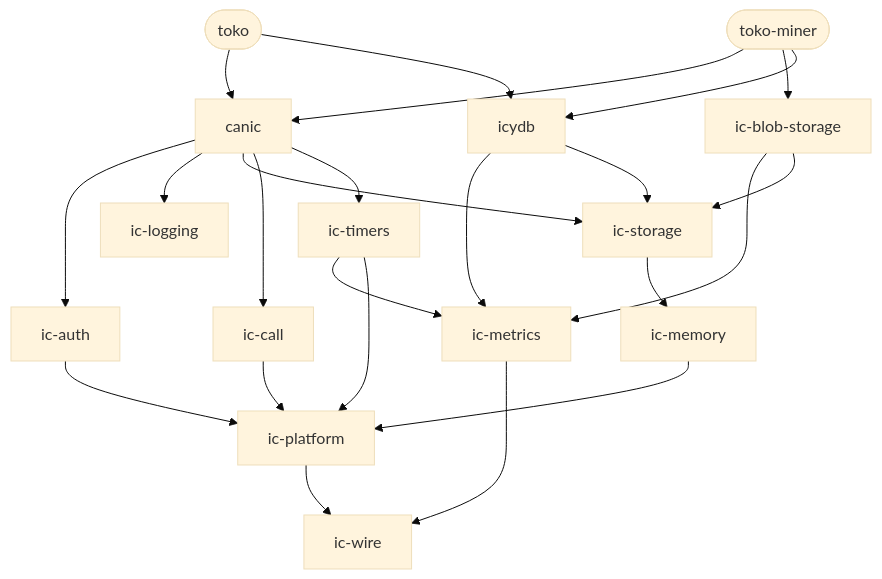
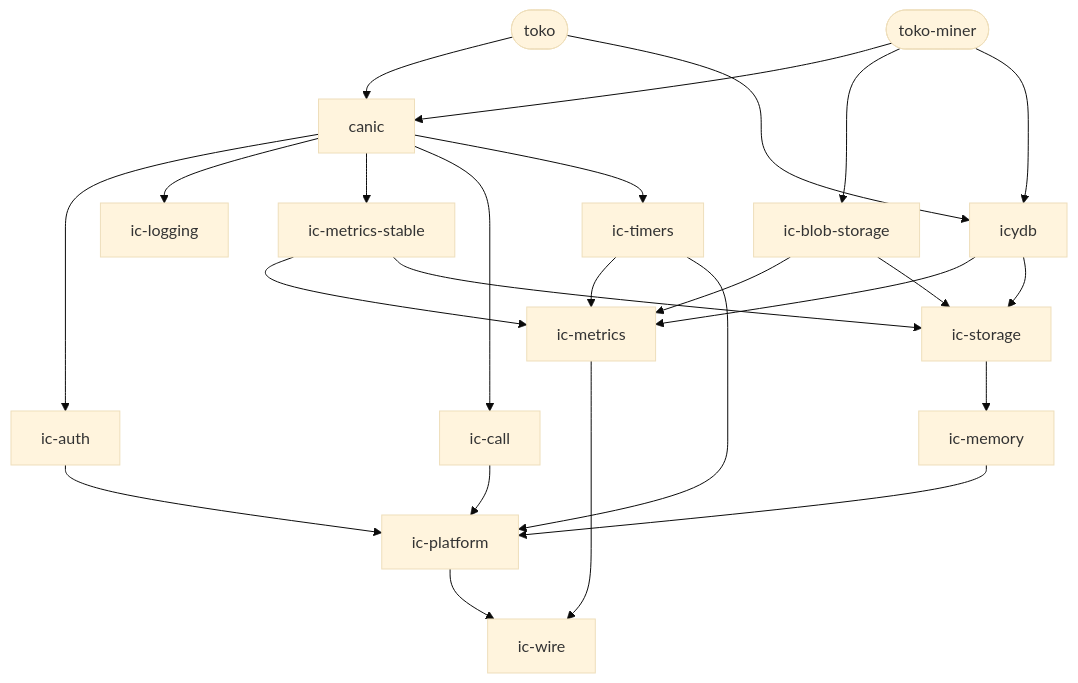
Before and after one commit to dragginzgame/shared-tooling: the diagram in README.md, drawn with Mermaid (base theme). The commit also changed 5 other files, not shown here.

````diff
--- a/README.md
+++ b/README.md
@@ -29,39 +29,42 @@
 ```mermaid
 flowchart TD
     p_app_3atoko(["toko"])
     p_app_3atoko_2dminer(["toko-miner"])
     p_canic_7ccargo_3acanic["canic"]
     p_ic_2dauth_7ccargo_3aic_2dauth["ic-auth"]
     p_ic_2dblob_2dstorage_7ccargo_3aic_2dblob_2dstorage["ic-blob-storage"]
     p_ic_2dobservability_7ccargo_3aic_2dlogging["ic-logging"]
     p_ic_2dobservability_7ccargo_3aic_2dmetrics["ic-metrics"]
     p_ic_2dpersistence_7ccargo_3aic_2dmemory["ic-memory"]
+    p_ic_2dpersistence_7ccargo_3aic_2dmetrics_2dstable["ic-metrics-stable"]
     p_ic_2dpersistence_7ccargo_3aic_2dstorage["ic-storage"]
     p_ic_2dplatform_7ccargo_3aic_2dcall["ic-call"]
     p_ic_2dplatform_7ccargo_3aic_2dplatform["ic-platform"]
     p_ic_2dtimers_7ccargo_3aic_2dtimers["ic-timers"]
     p_ic_2dwire_7ccargo_3aic_2dwire["ic-wire"]
     p_icydb_7ccargo_3aicydb["icydb"]
     p_app_3atoko --> p_canic_7ccargo_3acanic
     p_app_3atoko --> p_icydb_7ccargo_3aicydb
     p_app_3atoko_2dminer --> p_canic_7ccargo_3acanic
     p_app_3atoko_2dminer --> p_ic_2dblob_2dstorage_7ccargo_3aic_2dblob_2dstorage
     p_app_3atoko_2dminer --> p_icydb_7ccargo_3aicydb
     p_canic_7ccargo_3acanic --> p_ic_2dauth_7ccargo_3aic_2dauth
     p_canic_7ccargo_3acanic --> p_ic_2dobservability_7ccargo_3aic_2dlogging
-    p_canic_7ccargo_3acanic --> p_ic_2dpersistence_7ccargo_3aic_2dstorage
+    p_canic_7ccargo_3acanic --> p_ic_2dpersistence_7ccargo_3aic_2dmetrics_2dstable
     p_canic_7ccargo_3acanic --> p_ic_2dplatform_7ccargo_3aic_2dcall
     p_canic_7ccargo_3acanic --> p_ic_2dtimers_7ccargo_3aic_2dtimers
     p_ic_2dauth_7ccargo_3aic_2dauth --> p_ic_2dplatform_7ccargo_3aic_2dplatform
     p_ic_2dblob_2dstorage_7ccargo_3aic_2dblob_2dstorage --> p_ic_2dobservability_7ccargo_3aic_2dmetrics
     p_ic_2dblob_2dstorage_7ccargo_3aic_2dblob_2dstorage --> p_ic_2dpersistence_7ccargo_3aic_2dstorage
     p_ic_2dobservability_7ccargo_3aic_2dmetrics --> p_ic_2dwire_7ccargo_3aic_2dwire
     p_ic_2dpersistence_7ccargo_3aic_2dmemory --> p_ic_2dplatform_7ccargo_3aic_2dplatform
+    p_ic_2dpersistence_7ccargo_3aic_2dmetrics_2dstable --> p_ic_2dobservability_7ccargo_3aic_2dmetrics
+    p_ic_2dpersistence_7ccargo_3aic_2dmetrics_2dstable --> p_ic_2dpersistence_7ccargo_3aic_2dstorage
     p_ic_2dpersistence_7ccargo_3aic_2dstorage --> p_ic_2dpersistence_7ccargo_3aic_2dmemory
     p_ic_2dplatform_7ccargo_3aic_2dcall --> p_ic_2dplatform_7ccargo_3aic_2dplatform
     p_ic_2dplatform_7ccargo_3aic_2dplatform --> p_ic_2dwire_7ccargo_3aic_2dwire
     p_ic_2dtimers_7ccargo_3aic_2dtimers --> p_ic_2dobservability_7ccargo_3aic_2dmetrics
     p_ic_2dtimers_7ccargo_3aic_2dtimers --> p_ic_2dplatform_7ccargo_3aic_2dplatform
     p_icydb_7ccargo_3aicydb --> p_ic_2dobservability_7ccargo_3aic_2dmetrics
     p_icydb_7ccargo_3aicydb --> p_ic_2dpersistence_7ccargo_3aic_2dstorage
 ```
````
